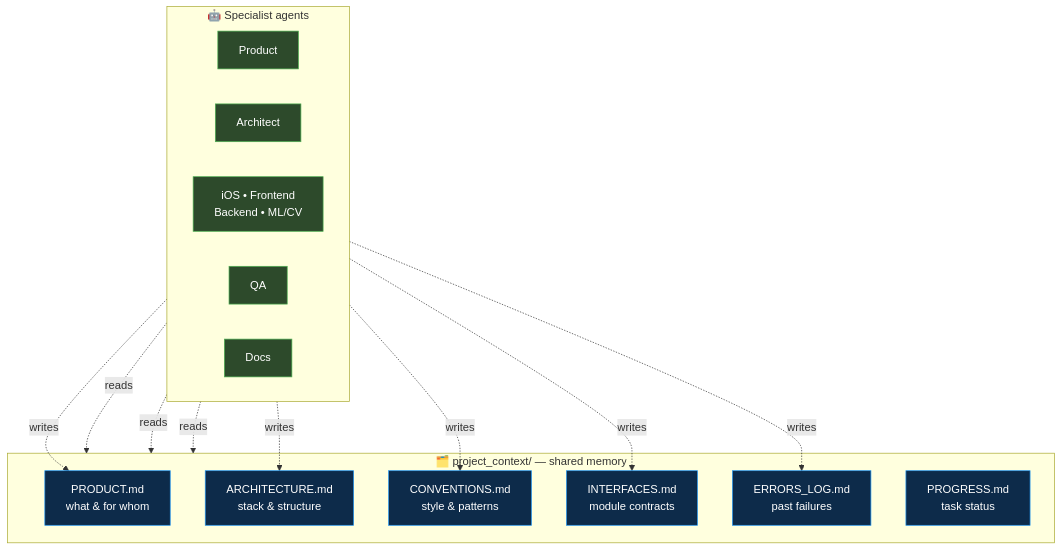
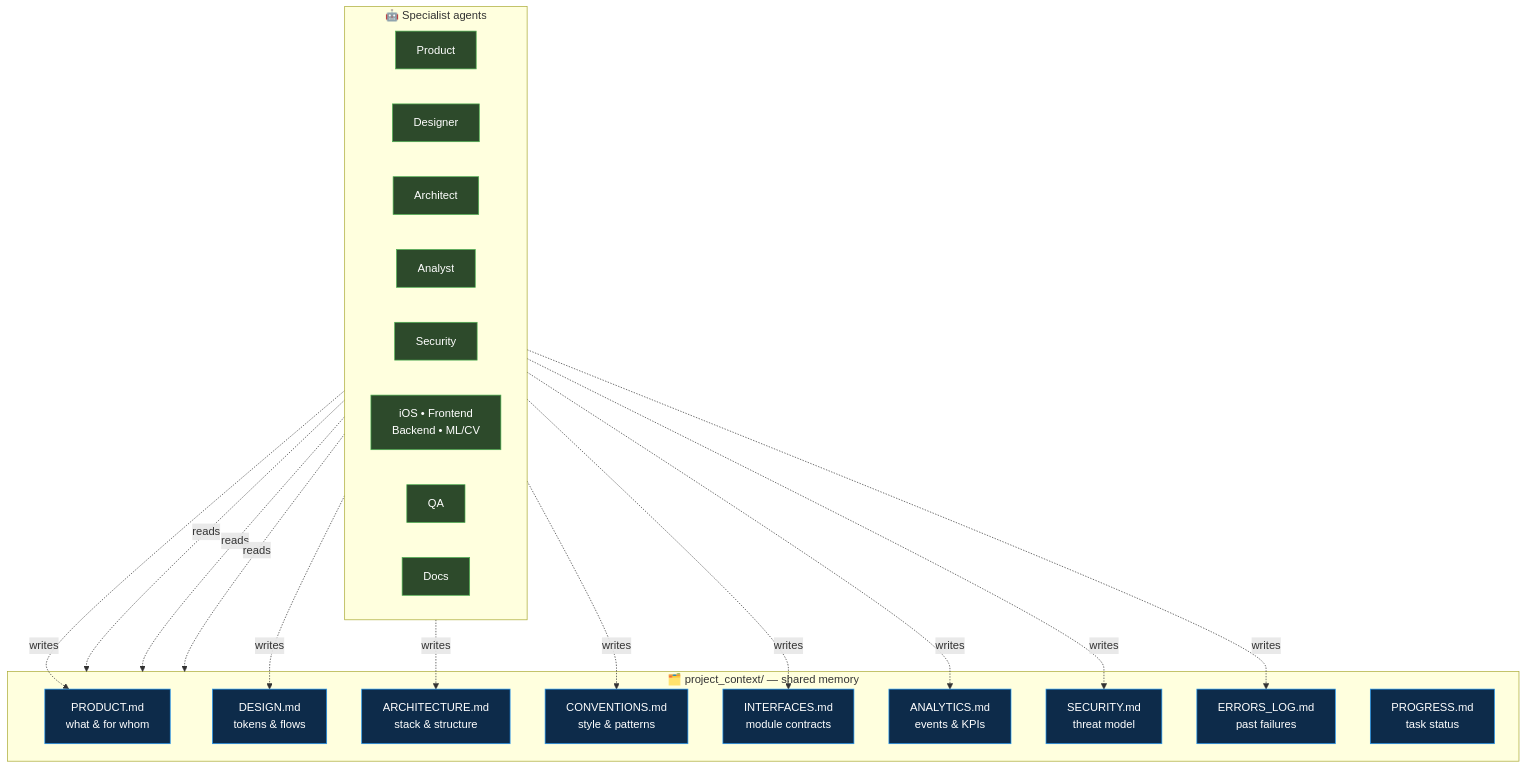
The second of 3 diagrams in README.md (lionshilov/Forge), drawn with Mermaid before and after one commit. The commit also changed other lines of this file and 8 other files, not shown here.

First line of the commit message:
Add Designer, Analyst, and Security specialist agents

````diff
--- a/README.md
+++ b/README.md
@@ -75,32 +84,41 @@
 ```mermaid
 flowchart TB
     subgraph ctx["🗂️ project_context/ — shared memory"]
         PRD[PRODUCT.md<br/>what & for whom]
+        DSG[DESIGN.md<br/>tokens & flows]
         ARCH[ARCHITECTURE.md<br/>stack & structure]
         CONV[CONVENTIONS.md<br/>style & patterns]
         INT[INTERFACES.md<br/>module contracts]
+        ANA[ANALYTICS.md<br/>events & KPIs]
+        SECM[SECURITY.md<br/>threat model]
         ERR[ERRORS_LOG.md<br/>past failures]
         PRG[PROGRESS.md<br/>task status]
     end
 
     subgraph agents["🤖 Specialist agents"]
         direction LR
         P[Product]
+        DS[Designer]
         A[Architect]
+        AN[Analyst]
+        SEC[Security]
         SPEC[iOS • Frontend<br/>Backend • ML/CV]
         Q[QA]
         DOC[Docs]
     end
 
     P -.writes.-> PRD
+    DS -.writes.-> DSG
     A -.writes.-> ARCH & CONV & INT
+    AN -.writes.-> ANA
+    SEC -.writes.-> SECM
     Q -.writes.-> ERR
     SPEC -.reads.-> ctx
     DOC -.reads.-> ctx
     Q -.reads.-> ctx
 
     classDef ctxFile fill:#0d2b4a,stroke:#2196f3,color:#fff
     classDef agentNode fill:#2d4a2b,stroke:#4caf50,color:#fff
-    class PRD,ARCH,CONV,INT,ERR,PRG ctxFile
-    class P,A,SPEC,Q,DOC agentNode
+    class PRD,DSG,ARCH,CONV,INT,ANA,SECM,ERR,PRG ctxFile
+    class P,DS,A,AN,SEC,SPEC,Q,DOC agentNode
 ```
````
